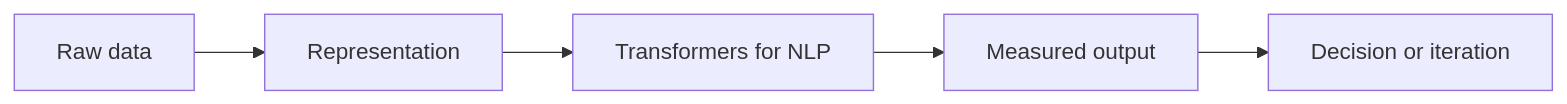
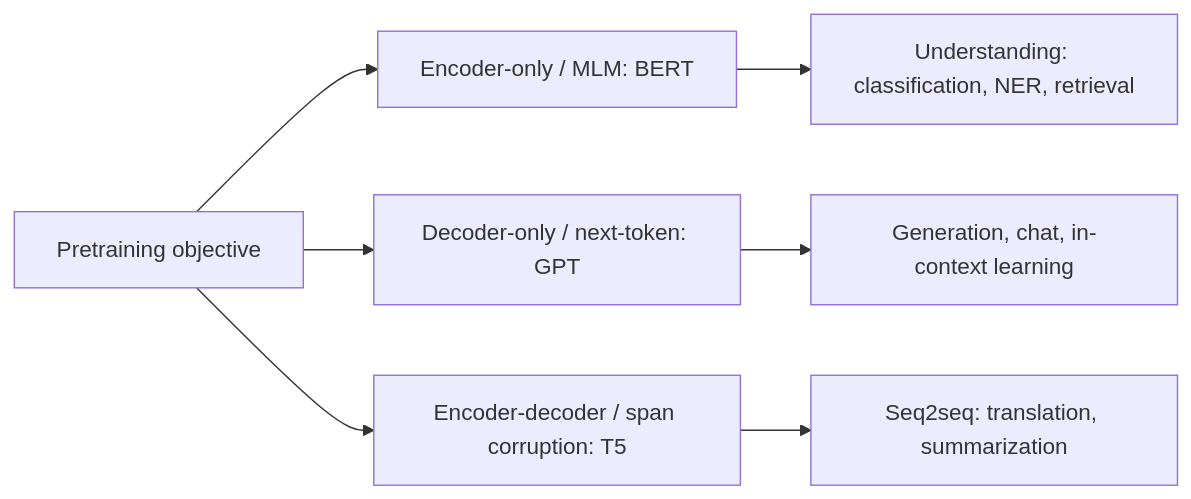
One commit to Icon1cc/Machine-Learning changed the diagram in nlp/07-transformers-for-nlp.md. Above: the diagram before and after it, drawn with Mermaid. The commit also changed other lines of this file and 264 other files, not shown here.

````diff
--- a/nlp/07-transformers-for-nlp.md
+++ b/nlp/07-transformers-for-nlp.md
@@ -92,7 +286,9 @@
 ```mermaid
 flowchart LR
-    A[Raw data] --> B[Representation]
-    B --> C[Transformers for NLP]
-    C --> D[Measured output]
-    D --> E[Decision or iteration]
+    P[Pretraining objective] --> E[Encoder-only / MLM: BERT]
+    P --> D[Decoder-only / next-token: GPT]
+    P --> ED[Encoder-decoder / span corruption: T5]
+    E --> U[Understanding: classification, NER, retrieval]
+    D --> G[Generation, chat, in-context learning]
+    ED --> SS[Seq2seq: translation, summarization]
 ```
````
